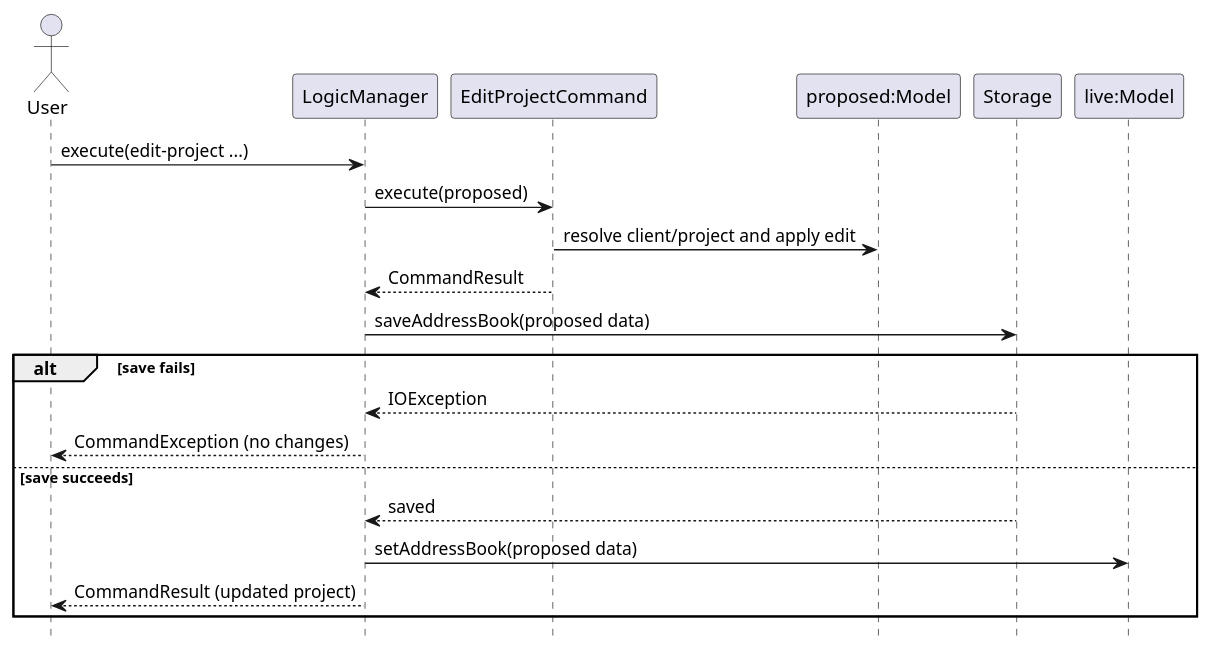
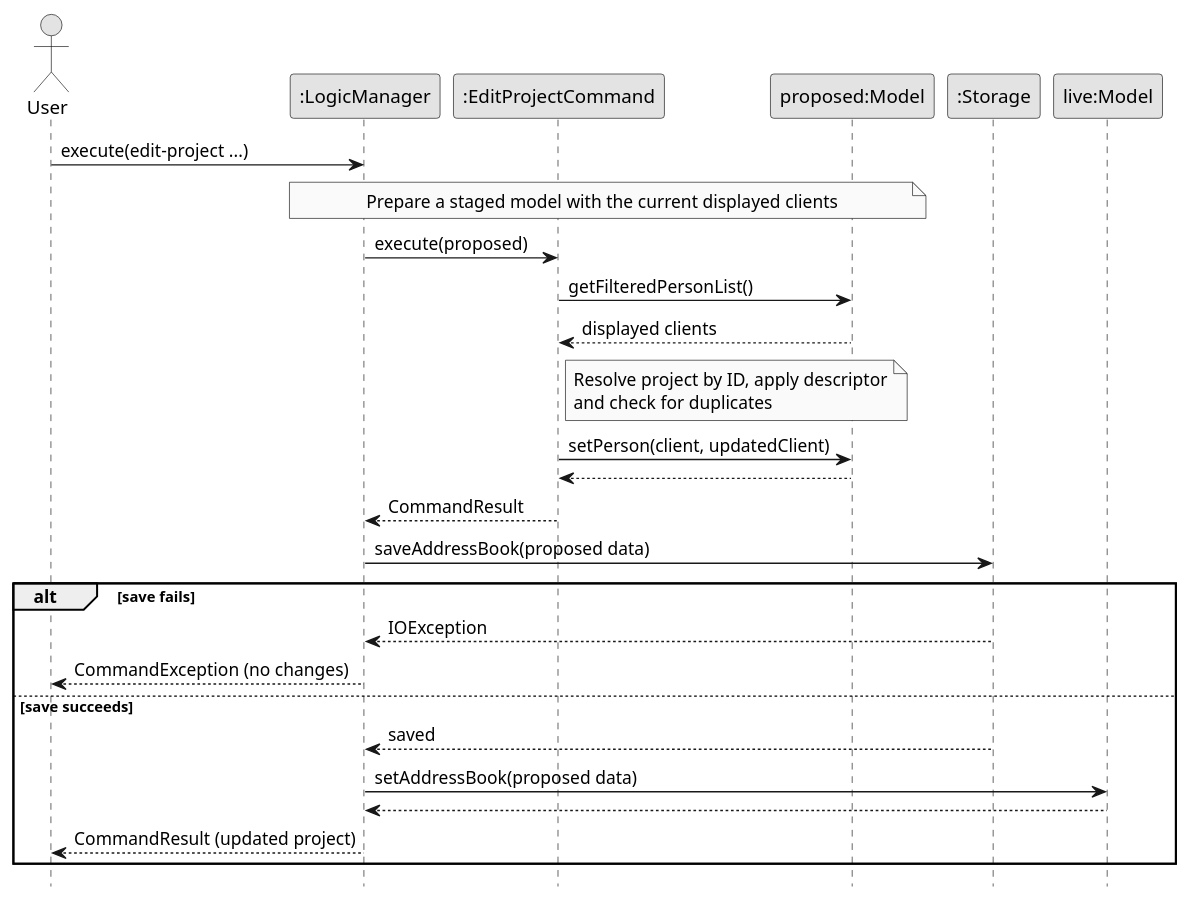
The diagram in docs/diagrams/EditProjectSequence.puml (AY2627S1-CS2103T-T10-1/tp), drawn with PlantUML before and after one commit. The commit also changed 5 other files, not shown here.

Commit message:
Refine Edit Project guides and UML diagrams

```diff
--- a/docs/diagrams/EditProjectSequence.puml
+++ b/docs/diagrams/EditProjectSequence.puml
@@ -1,22 +1,29 @@
 @startuml
 hide footbox
+skinparam monochrome true
 actor User
-participant LogicManager as Logic
-participant EditProjectCommand as Command
+participant ":LogicManager" as Logic
+participant ":EditProjectCommand" as Command
 participant "proposed:Model" as Proposed
-participant Storage
+participant ":Storage" as Storage
 participant "live:Model" as Live
 User -> Logic : execute(edit-project ...)
+note over Logic, Proposed : Prepare a staged model with the current displayed clients
 Logic -> Command : execute(proposed)
-Command -> Proposed : resolve client/project and apply edit
+Command -> Proposed : getFilteredPersonList()
+Proposed --> Command : displayed clients
+note right of Command : Resolve project by ID, apply descriptor\nand check for duplicates
+Command -> Proposed : setPerson(client, updatedClient)
+Proposed --> Command
 Command --> Logic : CommandResult
 Logic -> Storage : saveAddressBook(proposed data)
 alt save fails
     Storage --> Logic : IOException
     Logic --> User : CommandException (no changes)
 else save succeeds
     Storage --> Logic : saved
     Logic -> Live : setAddressBook(proposed data)
+    Live --> Logic
     Logic --> User : CommandResult (updated project)
 end
 @enduml
```
